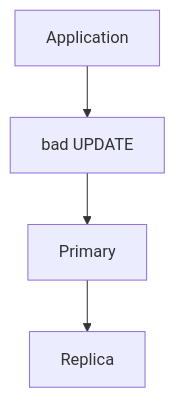
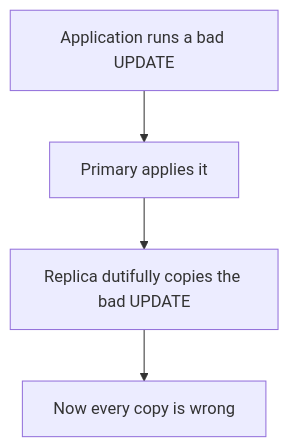
One commit to pankajThakur1874/studysheet changed the sixth of 29 diagrams in files/08-edge-cases/Tier-1-Production-Failures.md. Above: the diagram before and after it, drawn with Mermaid. The commit also changed other lines of this file and 5 other files, not shown here.

````diff
--- a/files/08-edge-cases/Tier-1-Production-Failures.md
+++ b/files/08-edge-cases/Tier-1-Production-Failures.md
@@ -198,6 +239,6 @@
 ```mermaid
 flowchart TD
-    A["Application"] --> B["bad UPDATE"]
-    B --> C["Primary"]
-    C --> D["Replica"]
+    A["Application runs a bad UPDATE"] --> B["Primary applies it"]
+    B --> C["Replica dutifully copies the bad UPDATE"]
+    C --> D["Now every copy is wrong"]
 ```
````
